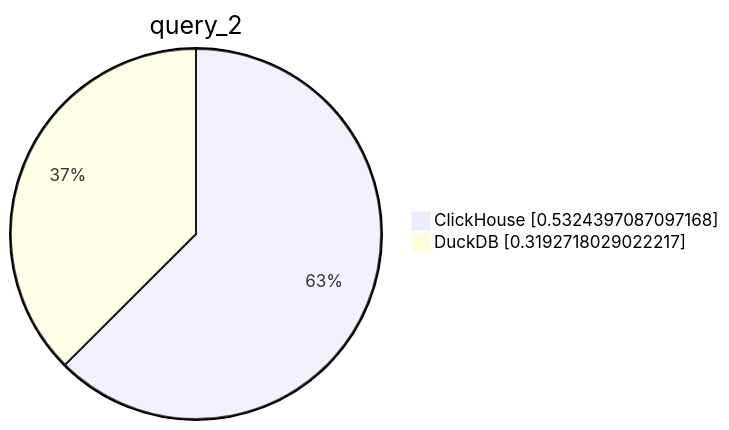
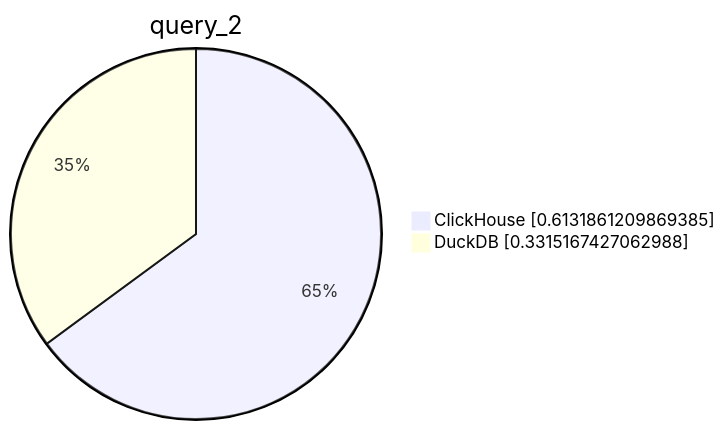
Before and after one commit to Altinity/clickhouse-regression: the third of 10 diagrams in parquet/performance/performance_reports/results.md, drawn with Mermaid. The commit also changed other lines of this file and 2 other files, not shown here.

````diff
--- a/parquet/performance/performance_reports/results.md
+++ b/parquet/performance/performance_reports/results.md
@@ -20,6 +20,6 @@
 ```mermaid
      pie showData
          title query_2
-         "ClickHouse" : 0.5324397087097168
-         "DuckDB" : 0.3192718029022217
+         "ClickHouse" : 0.6131861209869385
+         "DuckDB" : 0.3315167427062988
 ```
````
